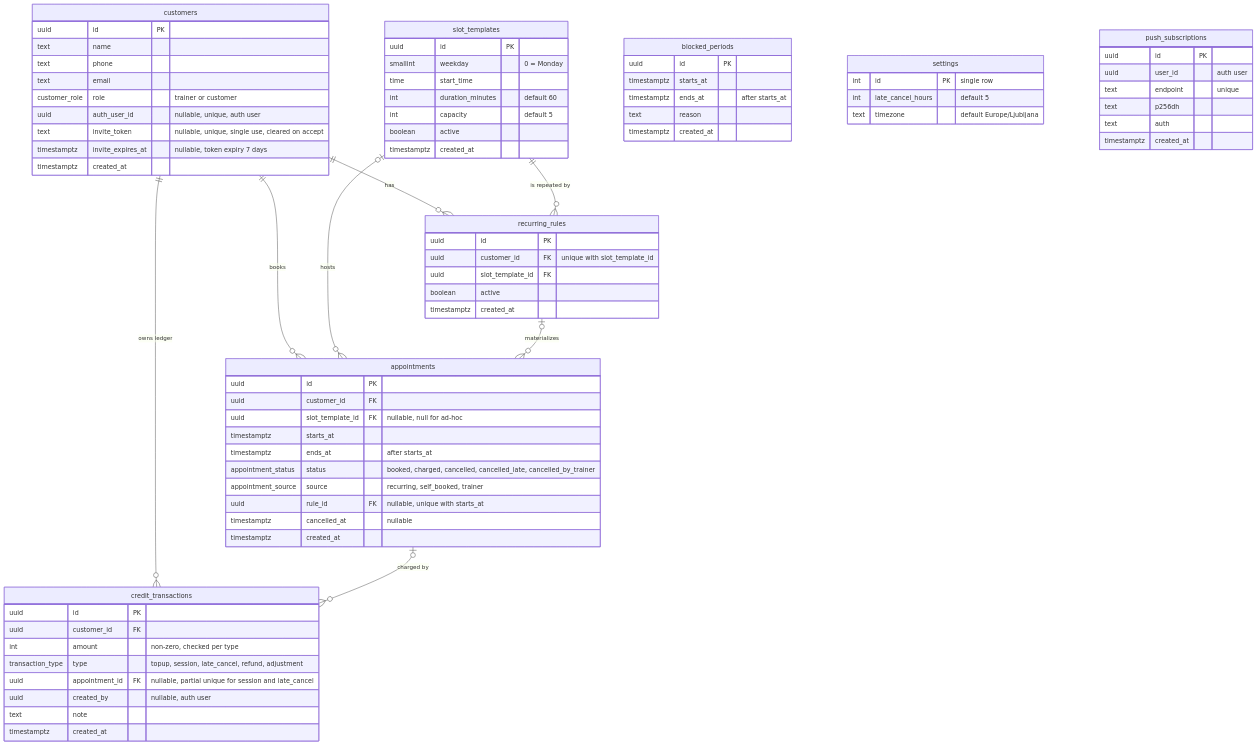
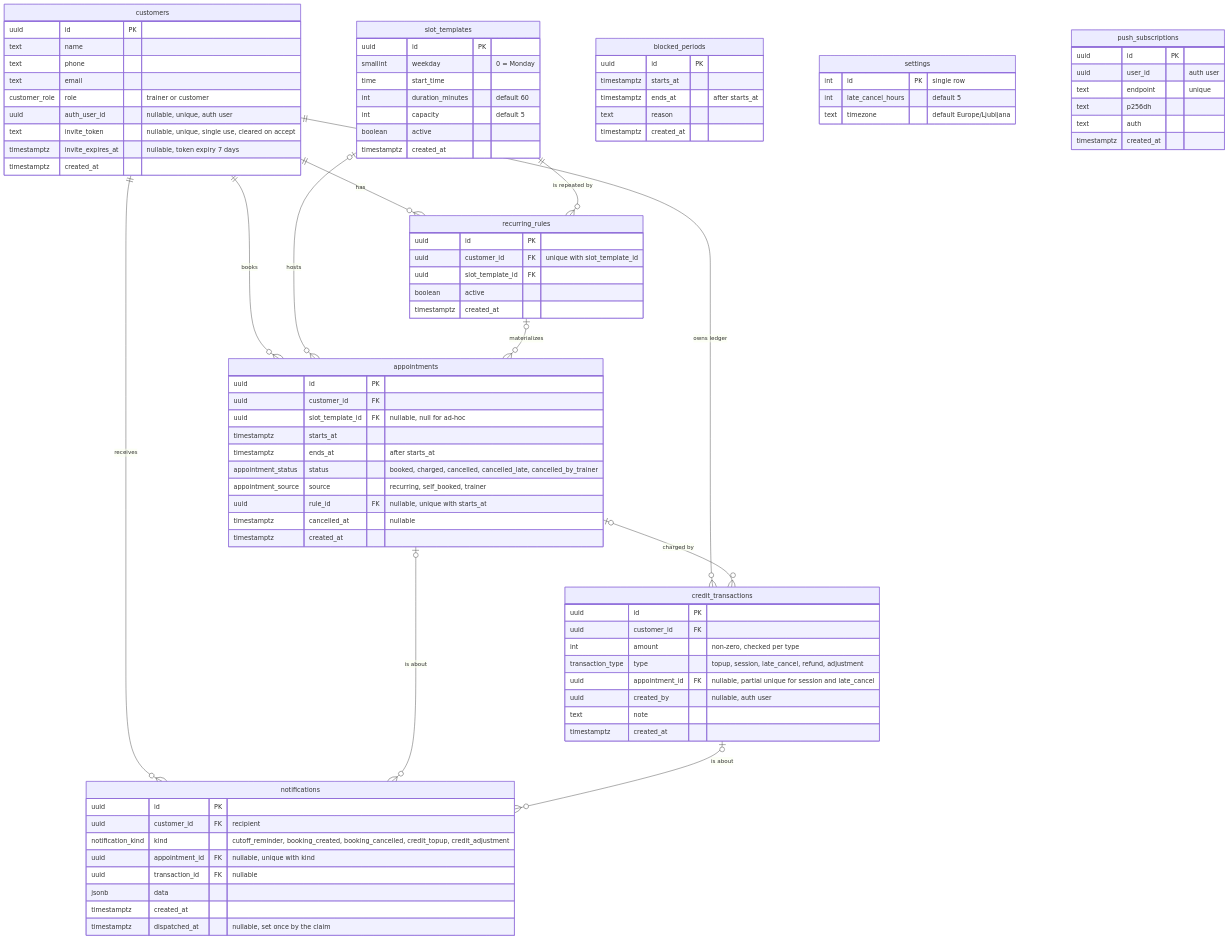
Before and after one commit to JasaGlazar/amrap: the diagram in docs/architecture/data-model.md, drawn with Mermaid. The commit also changed other lines of this file and 15 other files, not shown here.

First line of the commit message:
feat(db): notification log, push dispatch and the pre-cutoff reminder job

````diff
--- a/docs/architecture/data-model.md
+++ b/docs/architecture/data-model.md
@@ -85,6 +86,16 @@
         text auth
         timestamptz created_at
     }
+    notifications {
+        uuid id PK
+        uuid customer_id FK "recipient"
+        notification_kind kind "cutoff_reminder, booking_created, booking_cancelled, credit_topup, credit_adjustment"
+        uuid appointment_id FK "nullable, unique with kind"
+        uuid transaction_id FK "nullable"
+        jsonb data
+        timestamptz created_at
+        timestamptz dispatched_at "nullable, set once by the claim"
+    }
 
     customers ||--o{ recurring_rules : "has"
     slot_templates ||--o{ recurring_rules : "is repeated by"
@@ -93,4 +104,7 @@
     recurring_rules |o--o{ appointments : "materializes"
     customers ||--o{ credit_transactions : "owns ledger"
     appointments |o--o{ credit_transactions : "charged by"
+    customers ||--o{ notifications : "receives"
+    appointments |o--o{ notifications : "is about"
+    credit_transactions |o--o{ notifications : "is about"
 ```
````
